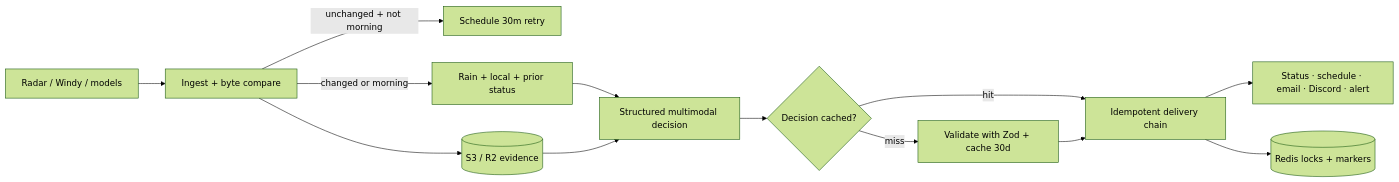
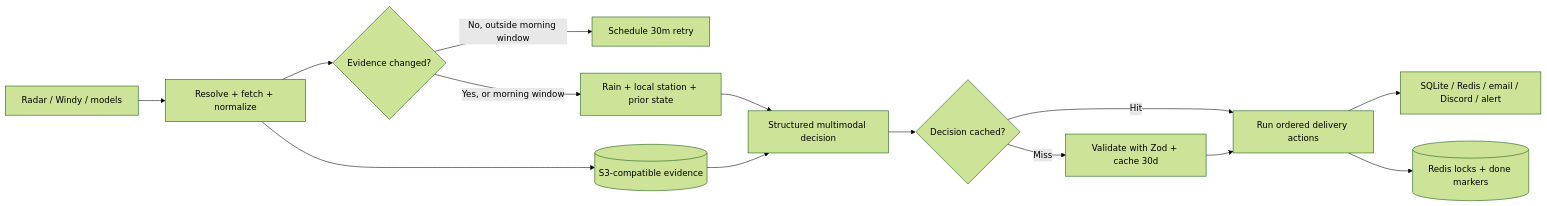
Before and after one commit to aneeshpatne/mausam3.0: the first of 3 diagrams in README.md, drawn with Mermaid (forest theme). The commit also changed other lines of this file, not shown here.

Commit message:
feat(docs): update README to enhance clarity on project functionality and architecture

````diff
--- a/README.md
+++ b/README.md
@@ -104,15 +83,16 @@
 ```mermaid
 flowchart LR
-  SRC[Radar / Windy / models] --> ING[Ingest + byte compare]
-  ING -->|unchanged + not morning| RETRY[Schedule 30m retry]
-  ING -->|changed or morning| CTX[Rain + local + prior status]
+  SRC[Radar / Windy / models] --> ING[Resolve + fetch + normalize]
+  ING --> CMP{Evidence changed?}
+  CMP -->|No, outside morning window| RETRY[Schedule 30m retry]
+  CMP -->|Yes, or morning window| CTX[Rain + local station + prior state]
   CTX --> AI[Structured multimodal decision]
   AI --> CACHE{Decision cached?}
-  CACHE -->|miss| MODEL[Validate with Zod + cache 30d]
-  CACHE -->|hit| DEL
-  MODEL --> DEL[Idempotent delivery chain]
-  DEL --> OUT[Status · schedule · email · Discord · alert]
-  DEL --> REDIS[(Redis locks + markers)]
-  ING --> S3[(S3 / R2 evidence)]
-  S3 --> AI
+  CACHE -->|Miss| VALIDATE[Validate with Zod + cache 30d]
+  CACHE -->|Hit| DELIVER
+  VALIDATE --> DELIVER[Run ordered delivery actions]
+  DELIVER --> OUT[SQLite / Redis / email / Discord / alert]
+  ING --> STORE[(S3-compatible evidence)]
+  STORE --> AI
+  DELIVER --> LOCKS[(Redis locks + done markers)]
 ```
````
